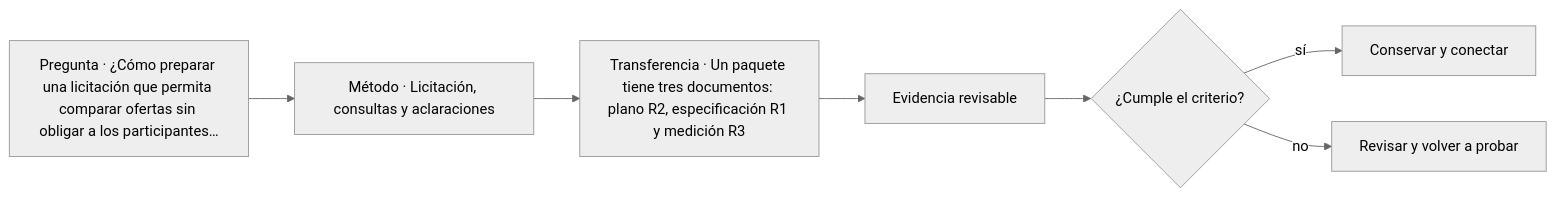
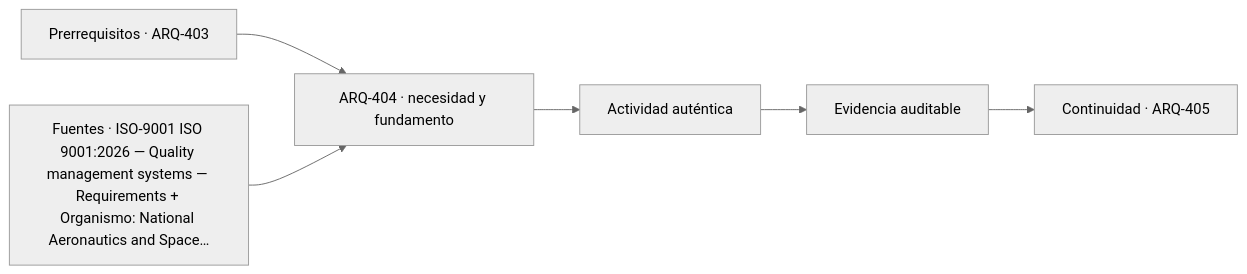
One commit to vladimiracunadev-create/architecture-built-environment-learning-program changed the diagram in classes/parte-41/ARQ-404.md. Above: the diagram before and after it, drawn with Mermaid (neutral theme). The commit also changed other lines of this file and 761 other files, not shown here.

````diff
--- a/classes/parte-41/ARQ-404.md
+++ b/classes/parte-41/ARQ-404.md
@@ -91,9 +103,8 @@
 ```mermaid
 flowchart LR
-    Q["Pregunta · ¿Cómo preparar una licitación que permita comparar ofertas sin obligar a los participantes…"] --> M["Método · Licitación, consultas y aclaraciones"]
-    M --> P["Transferencia · Un paquete tiene tres documentos: plano R2, especificación R1 y medición R3"]
-    P --> E["Evidencia revisable"]
-    E --> C{"¿Cumple el criterio?"}
-    C -->|sí| T["Conservar y conectar"]
-    C -->|no| R["Revisar y volver a probar"]
+    A["Prerrequisitos · ARQ-403"] --> B["ARQ-404 · necesidad y fundamento"]
+    S["Fuentes · ISO-9001 ISO 9001:2026 — Quality management systems — Requirements + Organismo: National Aeronautics and Space…"] --> B
+    B --> C["Actividad auténtica"]
+    C --> D["Evidencia auditable"]
+    D --> E["Continuidad · ARQ-405"]
 ```
````
